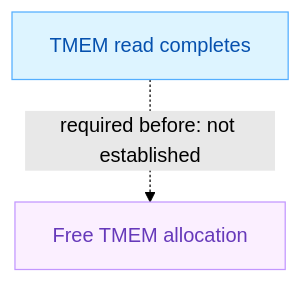
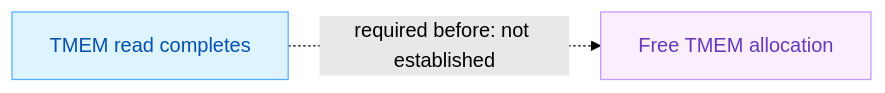
One commit to gpu-verifier/sentryward changed the first of 5 diagrams in docs/report-skill/gqa/report.md. Above: the diagram before and after it, drawn with Mermaid (forest theme). The commit also changed other lines of this file and 29 other files, not shown here.

````diff
--- a/docs/report-skill/gqa/report.md
+++ b/docs/report-skill/gqa/report.md
@@ -55,11 +23,11 @@
 ```mermaid
-flowchart TB
+flowchart LR
   F["TMEM read completes"]
   T["Free TMEM allocation"]
   F -. "required before: not established" .-> T
   classDef context fill:#f6f8fa,stroke:#8c959f,color:#24292f
   classDef operation fill:#ddf4ff,stroke:#54aeff,color:#0550ae
   classDef focus fill:#fbefff,stroke:#c297ff,color:#6639ba
   class F operation
   class T focus
 ```
````
